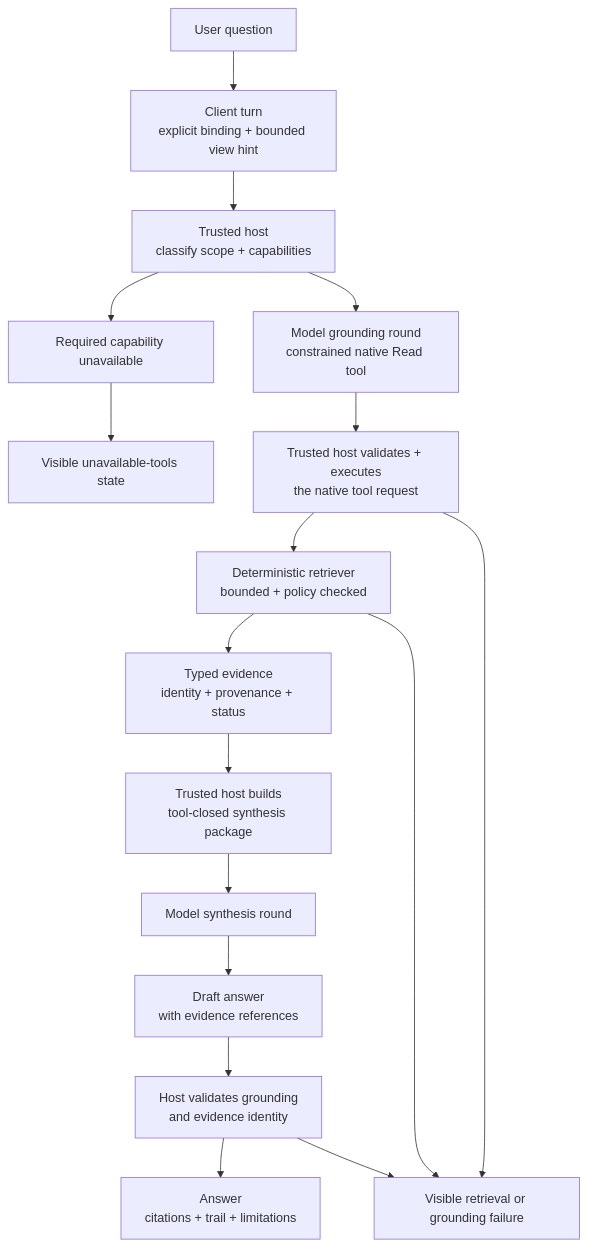
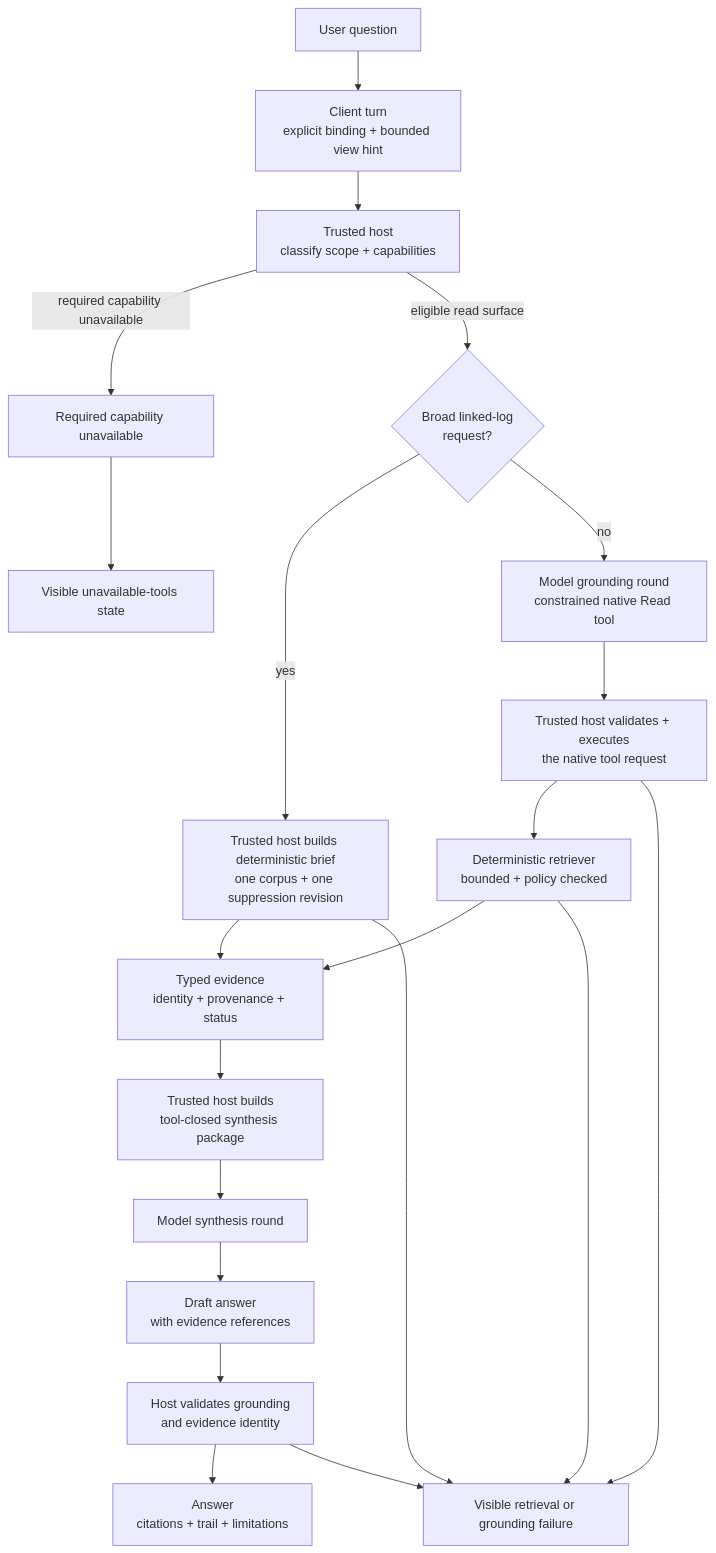
Before and after one commit to chriscase/ContextDesk: the first of 2 diagrams in docs/design/proven-methods/DETERMINISTIC_CONTEXT_ASSEMBLY.md, drawn with Mermaid. The commit also changed other lines of this file and 3 other files, not shown here.

Commit message:
docs(logs): explain deterministic broad triage (#745)

````diff
--- a/docs/design/proven-methods/DETERMINISTIC_CONTEXT_ASSEMBLY.md
+++ b/docs/design/proven-methods/DETERMINISTIC_CONTEXT_ASSEMBLY.md
@@ -68,27 +75,32 @@
 ```mermaid
 flowchart TB
 %% title: Governed context assembly and visible failure paths
     U["User question"]
     UI["Client turn<br/>explicit binding + bounded view hint"]
     H["Trusted host<br/>classify scope + capabilities"]
     X["Required capability unavailable"]
     XU["Visible unavailable-tools state"]
+    Q{"Broad linked-log<br/>request?"}
+    B["Trusted host builds deterministic brief<br/>one corpus + one suppression revision"]
     G["Model grounding round<br/>constrained native Read tool"]
     T["Trusted host validates + executes<br/>the native tool request"]
     R["Deterministic retriever<br/>bounded + policy checked"]
     E["Typed evidence<br/>identity + provenance + status"]
     S["Trusted host builds<br/>tool-closed synthesis package"]
     Y["Model synthesis round"]
     D["Draft answer<br/>with evidence references"]
     V["Host validates grounding<br/>and evidence identity"]
     A["Answer<br/>citations + trail + limitations"]
     F["Visible retrieval or grounding failure"]
 
     U --> UI --> H
-    H --> X --> XU
-    H --> G --> T --> R
+    H -->|required capability unavailable| X --> XU
+    H -->|eligible read surface| Q
+    Q -->|yes| B --> E
+    Q -->|no| G --> T --> R
     R --> E --> S --> Y --> D --> V --> A
+    B --> F
     T --> F
     R --> F
     V --> F
 ```
````
